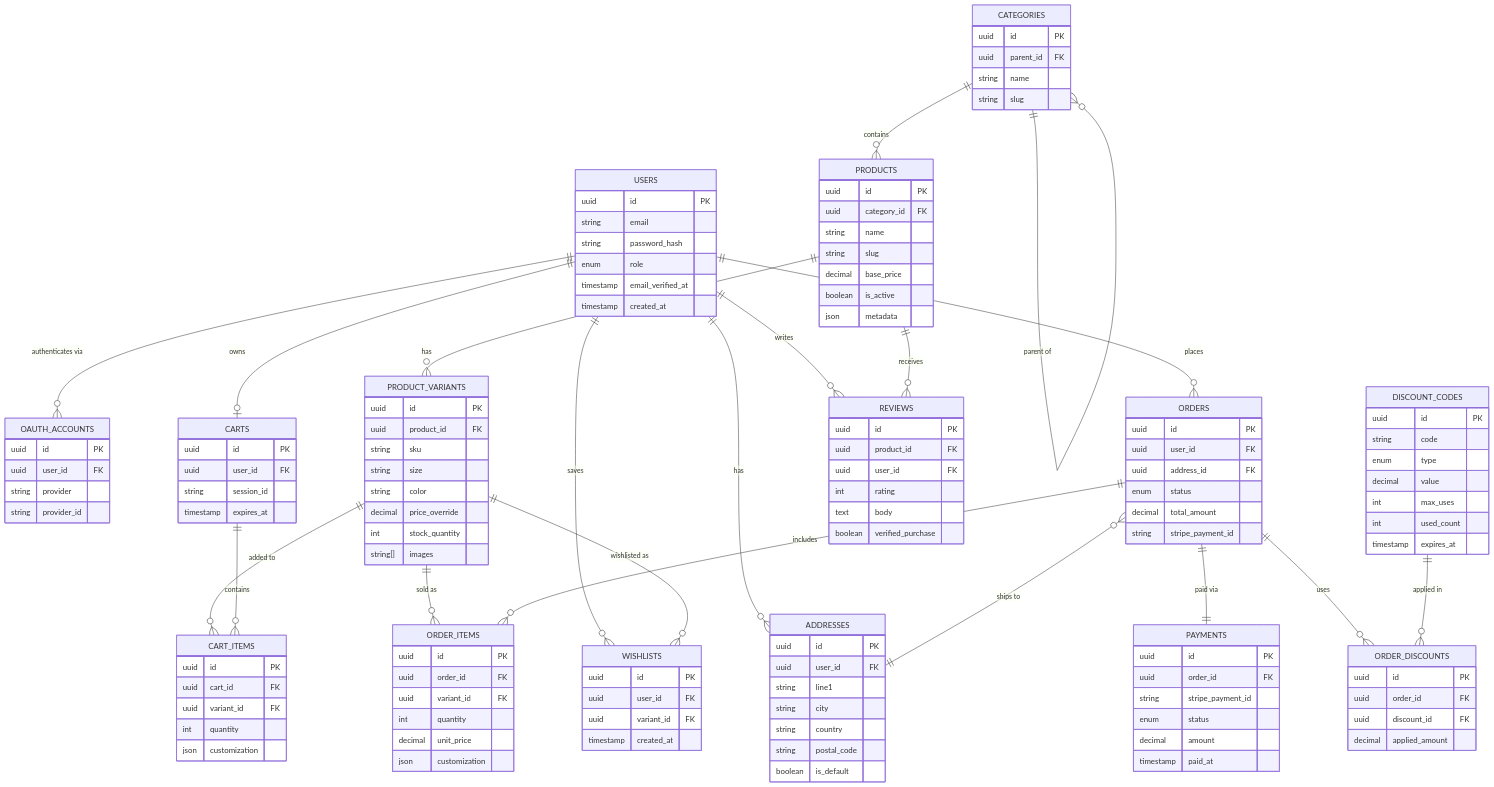
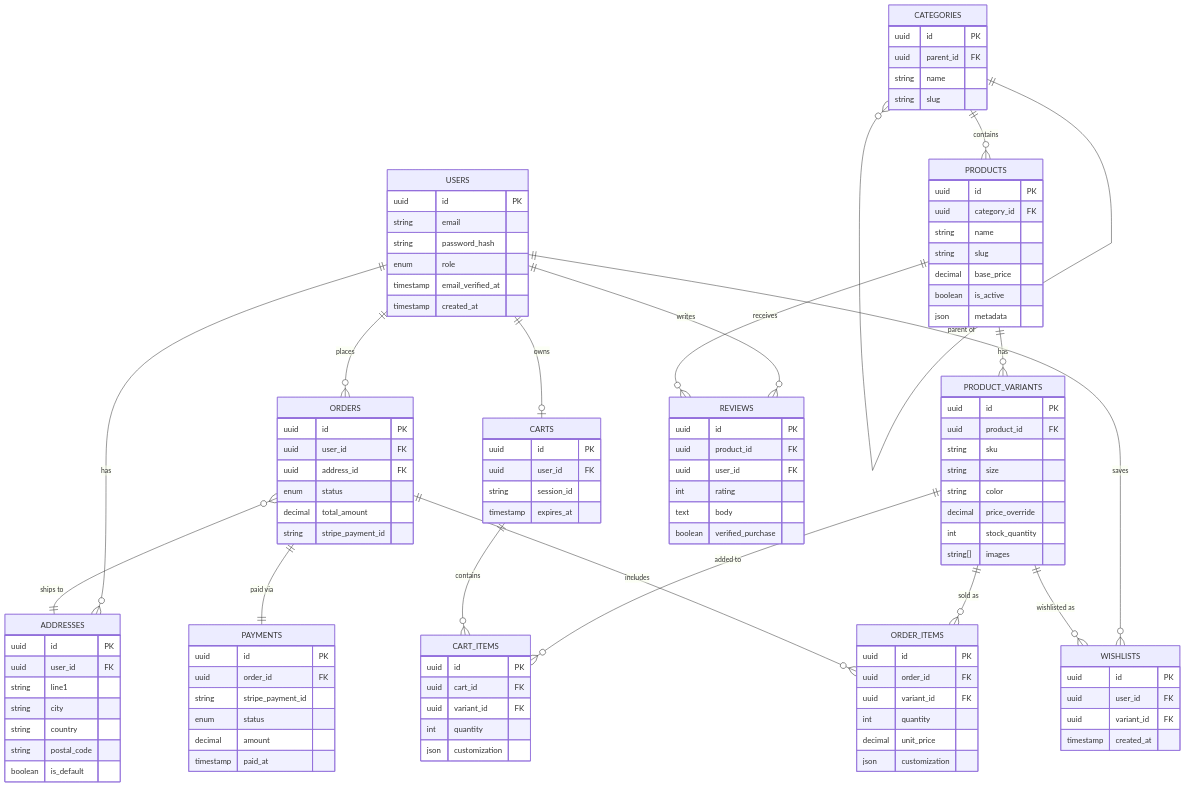
Before and after one commit to MariamMohammed-20194798/diva-ecommerce: the diagram in backend/README.md, drawn with Mermaid.

Commit message:
Refactor backend structure by removing unused OAUTH_ACCOUNTS and DISCOUNT_CODES entities from the README,

````diff
--- a/backend/README.md
+++ b/backend/README.md
@@ -28,13 +28,6 @@
     enum role
     timestamp email_verified_at
     timestamp created_at
-  }
- 
-  OAUTH_ACCOUNTS {
-    uuid id PK
-    uuid user_id FK
-    string provider
-    string provider_id
   }
  
   ADDRESSES {
@@ -117,23 +110,6 @@
     timestamp paid_at
   }
  
-  DISCOUNT_CODES {
-    uuid id PK
-    string code
-    enum type
-    decimal value
-    int max_uses
-    int used_count
-    timestamp expires_at
-  }
- 
-  ORDER_DISCOUNTS {
-    uuid id PK
-    uuid order_id FK
-    uuid discount_id FK
-    decimal applied_amount
-  }
- 
   REVIEWS {
     uuid id PK
     uuid product_id FK
@@ -150,7 +126,6 @@
     timestamp created_at
   }
  
-  USERS ||--o{ OAUTH_ACCOUNTS : "authenticates via"
   USERS ||--o{ ADDRESSES : "has"
   USERS ||--o| CARTS : "owns"
   USERS ||--o{ ORDERS : "places"
@@ -166,7 +141,5 @@
   CARTS ||--o{ CART_ITEMS : "contains"
   ORDERS ||--o{ ORDER_ITEMS : "includes"
   ORDERS ||--|| PAYMENTS : "paid via"
-  ORDERS ||--o{ ORDER_DISCOUNTS : "uses"
   ORDERS }o--|| ADDRESSES : "ships to"
-  DISCOUNT_CODES ||--o{ ORDER_DISCOUNTS : "applied in"
 ```
````
